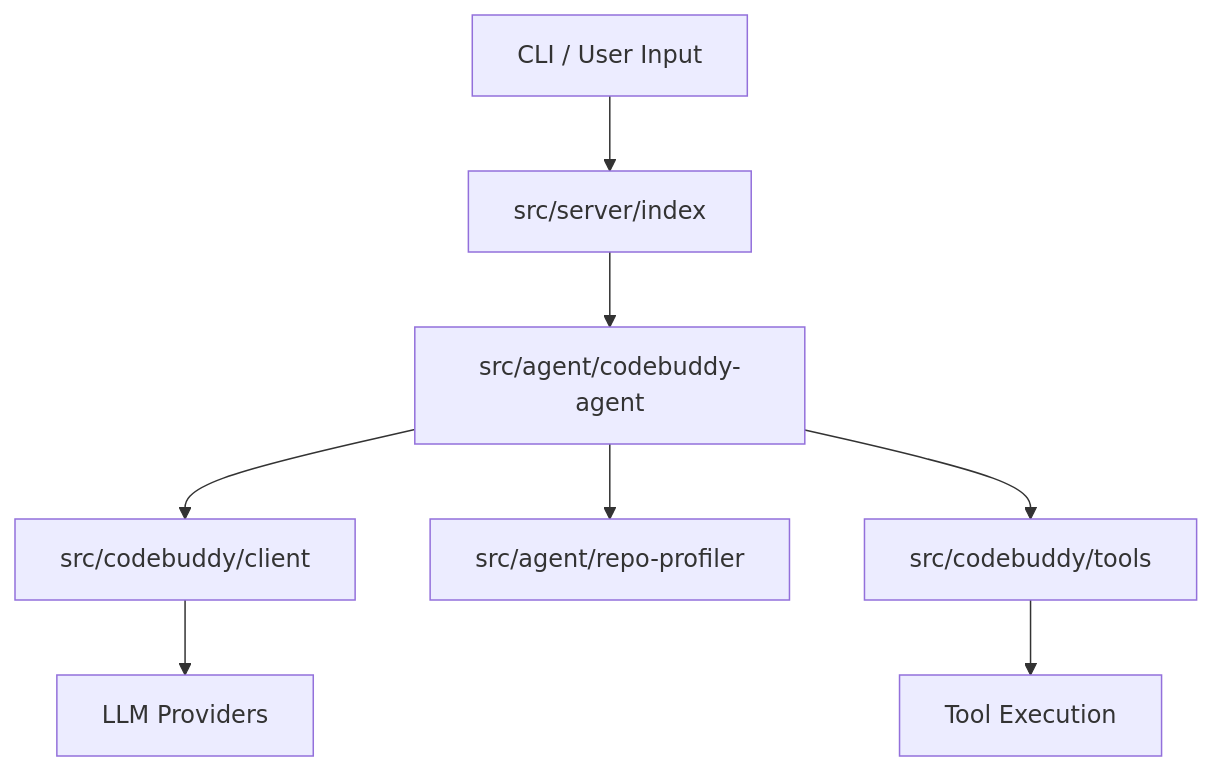
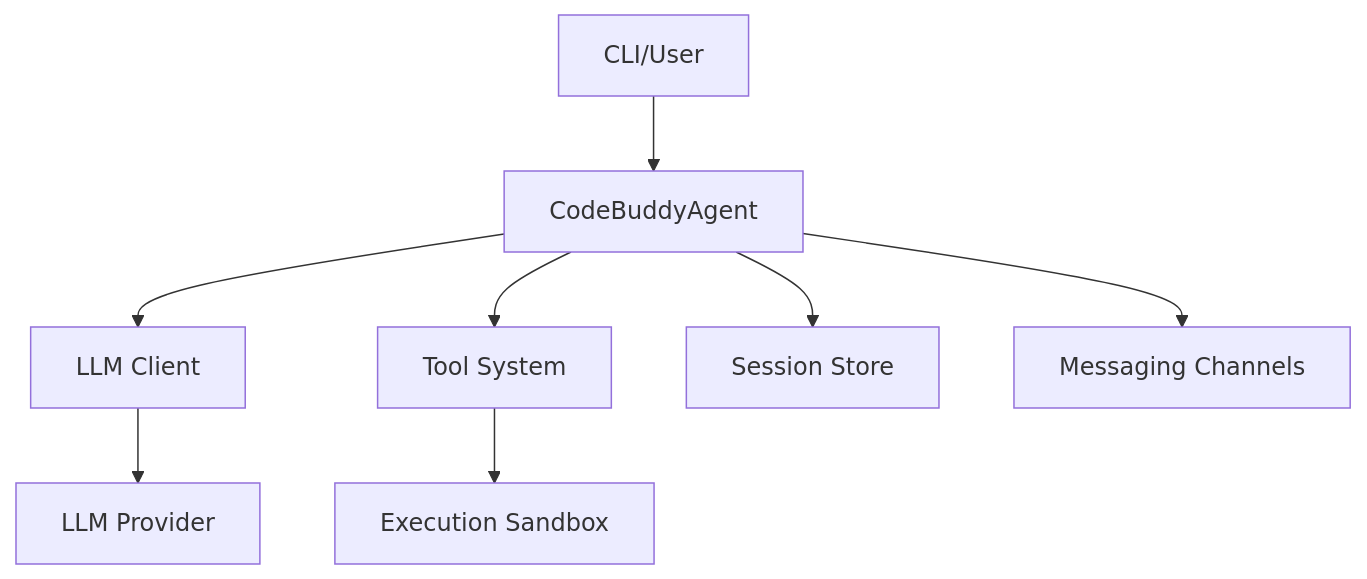
The diagram in .codebuddy/docs/1-overview.md (phuetz/code-buddy), drawn with Mermaid before and after one commit. The commit also changed other lines of this file and 15 other files, not shown here.

````diff
--- a/.codebuddy/docs/1-overview.md
+++ b/.codebuddy/docs/1-overview.md
@@ -9,10 +24,10 @@
 ```mermaid
 graph TD
-    A[CLI / User Input] --> B[src/server/index]
-    B --> C[src/agent/codebuddy-agent]
-    C --> D[src/codebuddy/client]
-    C --> E[src/agent/repo-profiler]
-    D --> F[LLM Providers]
-    C --> G[src/codebuddy/tools]
-    G --> H[Tool Execution]
+    User[CLI/User] --> Agent[CodeBuddyAgent]
+    Agent --> Client[LLM Client]
+    Client --> Provider[LLM Provider]
+    Agent --> Tools[Tool System]
+    Tools --> Sandbox[Execution Sandbox]
+    Agent --> Memory[Session Store]
+    Agent --> Channels[Messaging Channels]
 ```
````
